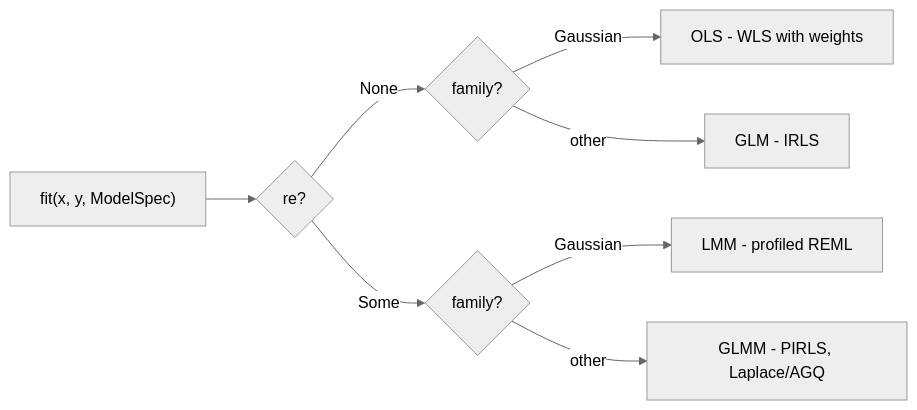
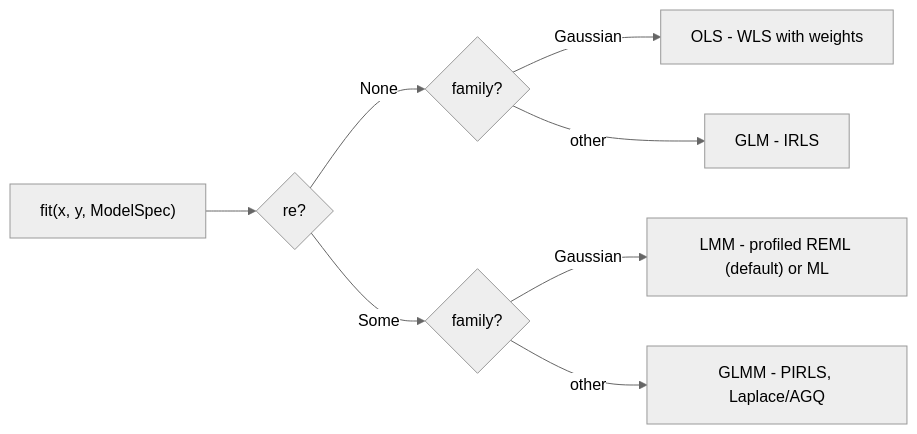
One commit to pawlenartowicz/glmm changed the diagram in README.md. Above: the diagram before and after it, drawn with Mermaid (neutral theme). The commit also changed other lines of this file and 88 other files, not shown here.

````diff
--- a/README.md
+++ b/README.md
@@ -43,10 +43,10 @@
 ```mermaid
 flowchart LR
     F["fit(x, y, ModelSpec)"] --> RE{"re?"}
     RE -- "None" --> FAM1{"family?"}
     FAM1 -- "Gaussian" --> OLS["OLS - WLS with weights"]
     FAM1 -- "other" --> GLM["GLM - IRLS"]
     RE -- "Some" --> FAM2{"family?"}
-    FAM2 -- "Gaussian" --> LMM["LMM - profiled REML"]
+    FAM2 -- "Gaussian" --> LMM["LMM - profiled REML (default) or ML"]
     FAM2 -- "other" --> GLMM["GLMM - PIRLS, Laplace/AGQ"]
 ```
````
